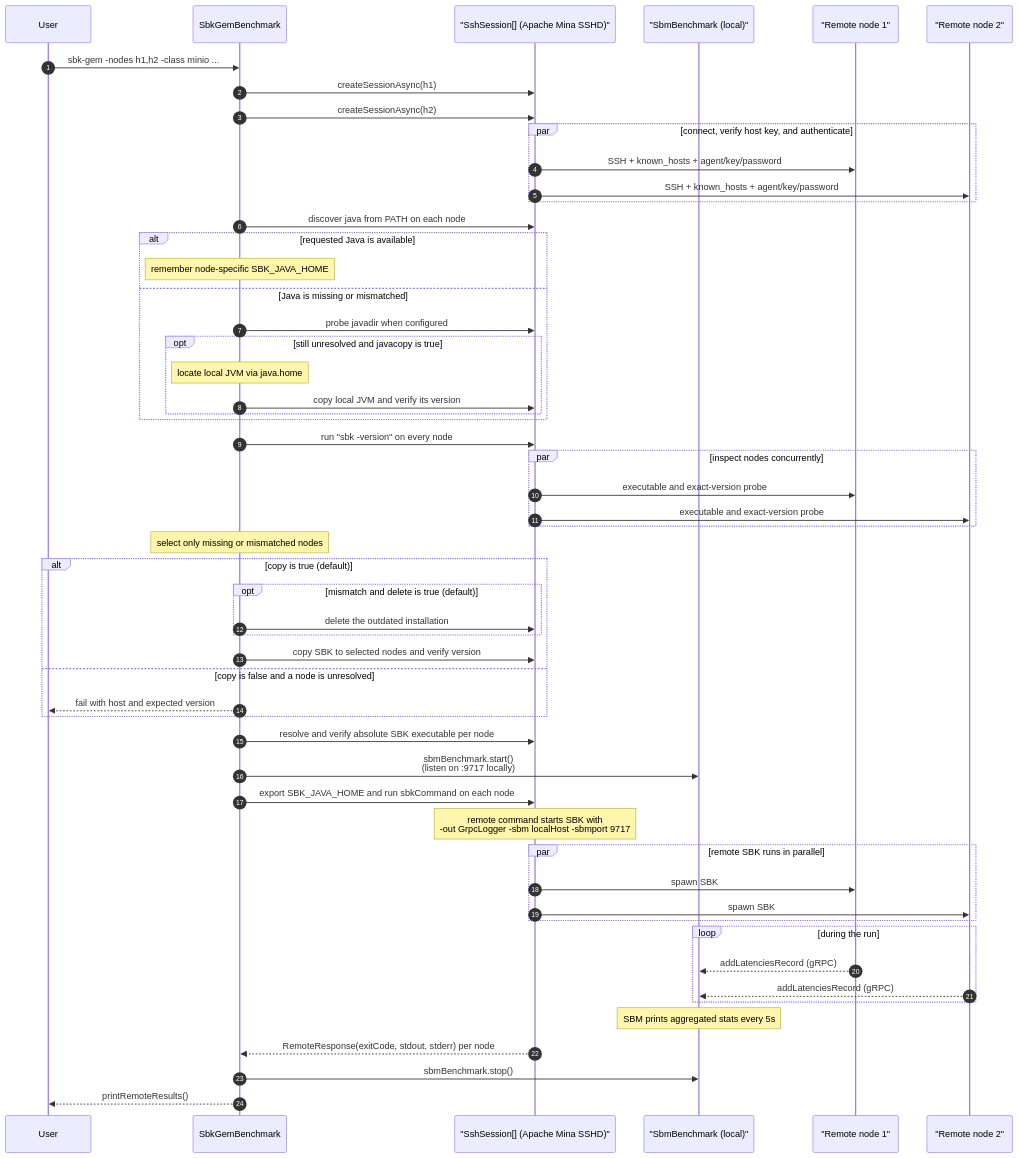
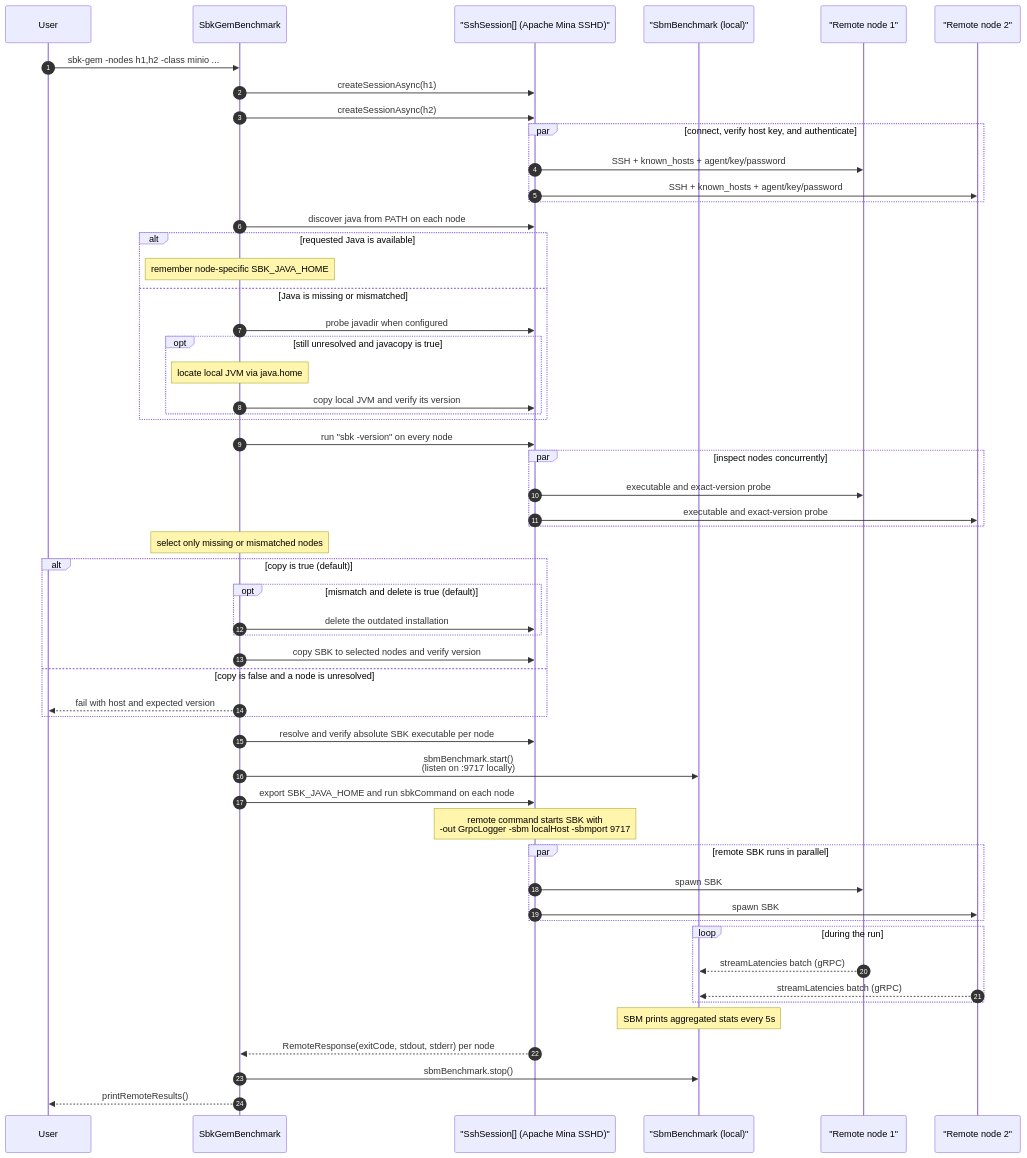
Before and after one commit to kmgowda/SBK: diagram 27 of 43 in docs/sbk-internals.md, drawn with Mermaid. The commit also changed other lines of this file and 19 other files, not shown here.

````diff
--- a/docs/sbk-internals.md
+++ b/docs/sbk-internals.md
@@ -1828,67 +1891,67 @@
 ```mermaid
 sequenceDiagram
     autonumber
     participant User
     participant GEM as SbkGemBenchmark
     participant SSH as "SshSession[] (Apache Mina SSHD)"
     participant SBM as "SbmBenchmark (local)"
     participant N1 as "Remote node 1"
     participant N2 as "Remote node 2"
 
     User->>GEM: sbk-gem -nodes h1,h2 -class minio ...
     GEM->>SSH: createSessionAsync(h1)
     GEM->>SSH: createSessionAsync(h2)
     par connect, verify host key, and authenticate
         SSH->>N1: SSH + known_hosts + agent/key/password
         SSH->>N2: SSH + known_hosts + agent/key/password
     end
 
     GEM->>SSH: discover java from PATH on each node
     alt requested Java is available
         Note over GEM: remember node-specific SBK_JAVA_HOME
     else Java is missing or mismatched
         GEM->>SSH: probe javadir when configured
         opt still unresolved and javacopy is true
             Note over GEM: locate local JVM via java.home
             GEM->>SSH: copy local JVM and verify its version
         end
     end
 
     GEM->>SSH: run "sbk -version" on every node
     par inspect nodes concurrently
         SSH->>N1: executable and exact-version probe
         SSH->>N2: executable and exact-version probe
     end
     Note over GEM: select only missing or mismatched nodes
     alt copy is true (default)
         opt mismatch and delete is true (default)
             GEM->>SSH: delete the outdated installation
         end
         GEM->>SSH: copy SBK to selected nodes and verify version
     else copy is false and a node is unresolved
         GEM-->>User: fail with host and expected version
     end
 
     GEM->>SSH: resolve and verify absolute SBK executable per node
 
     GEM->>SBM: sbmBenchmark.start()<br/>(listen on :9717 locally)
 
     GEM->>SSH: export SBK_JAVA_HOME and run sbkCommand on each node
     Note over SSH: remote command starts SBK with<br/>-out GrpcLogger -sbm localHost -sbmport 9717
 
     par remote SBK runs in parallel
         SSH->>N1: spawn SBK
         SSH->>N2: spawn SBK
     end
 
     loop during the run
-        N1-->>SBM: addLatenciesRecord (gRPC)
-        N2-->>SBM: addLatenciesRecord (gRPC)
+        N1-->>SBM: streamLatencies batch (gRPC)
+        N2-->>SBM: streamLatencies batch (gRPC)
     end
 
     Note over SBM: SBM prints aggregated stats every 5s
 
     SSH-->>GEM: RemoteResponse(exitCode, stdout, stderr) per node
     GEM->>SBM: sbmBenchmark.stop()
 GEM-->>User: printRemoteResults()
 ```
````
